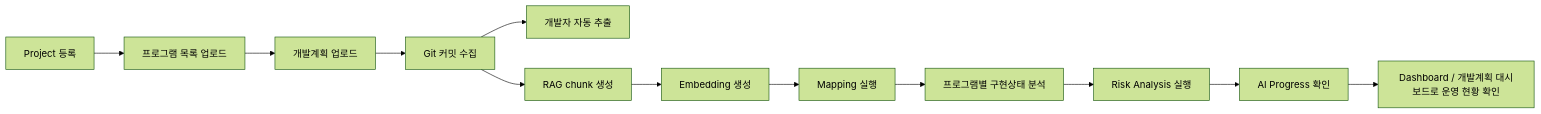
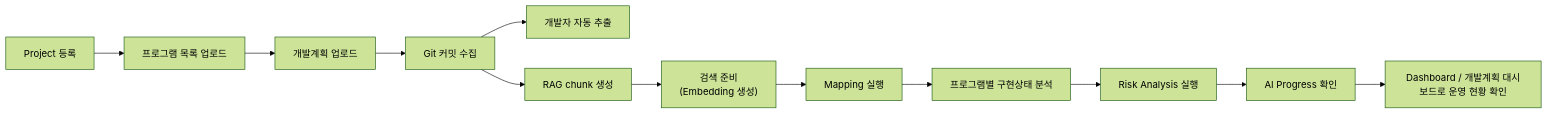
Before and after one commit to ino5/ai-commit-advisor-26: the tenth of 10 diagrams in docs/architecture.md, drawn with Mermaid (forest theme). The commit also changed other lines of this file and 15 other files, not shown here.

````diff
--- a/docs/architecture.md
+++ b/docs/architecture.md
@@ -793,14 +793,14 @@
 ```mermaid
 flowchart LR
     A["Project 등록"] --> B["프로그램 목록 업로드"]
     B --> C["개발계획 업로드"]
     C --> D["Git 커밋 수집"]
     D --> E["개발자 자동 추출"]
     D --> F["RAG chunk 생성"]
-    F --> G["Embedding 생성"]
+    F --> G["검색 준비<br/>(Embedding 생성)"]
     G --> H["Mapping 실행"]
     H --> I["프로그램별 구현상태 분석"]
     I --> J["Risk Analysis 실행"]
     J --> K["AI Progress 확인"]
     K --> L["Dashboard / 개발계획 대시보드로 운영 현황 확인"]
 ```
````
